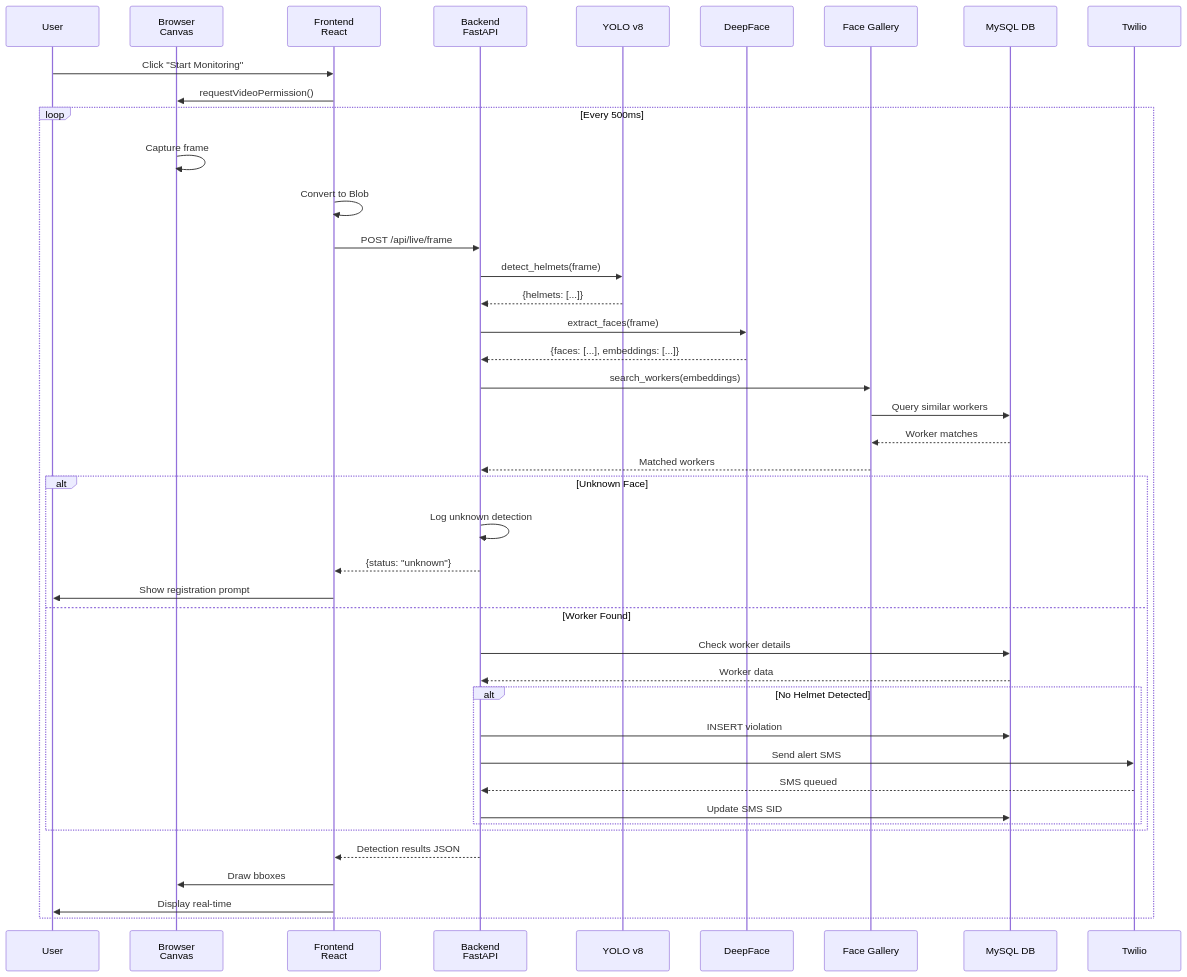
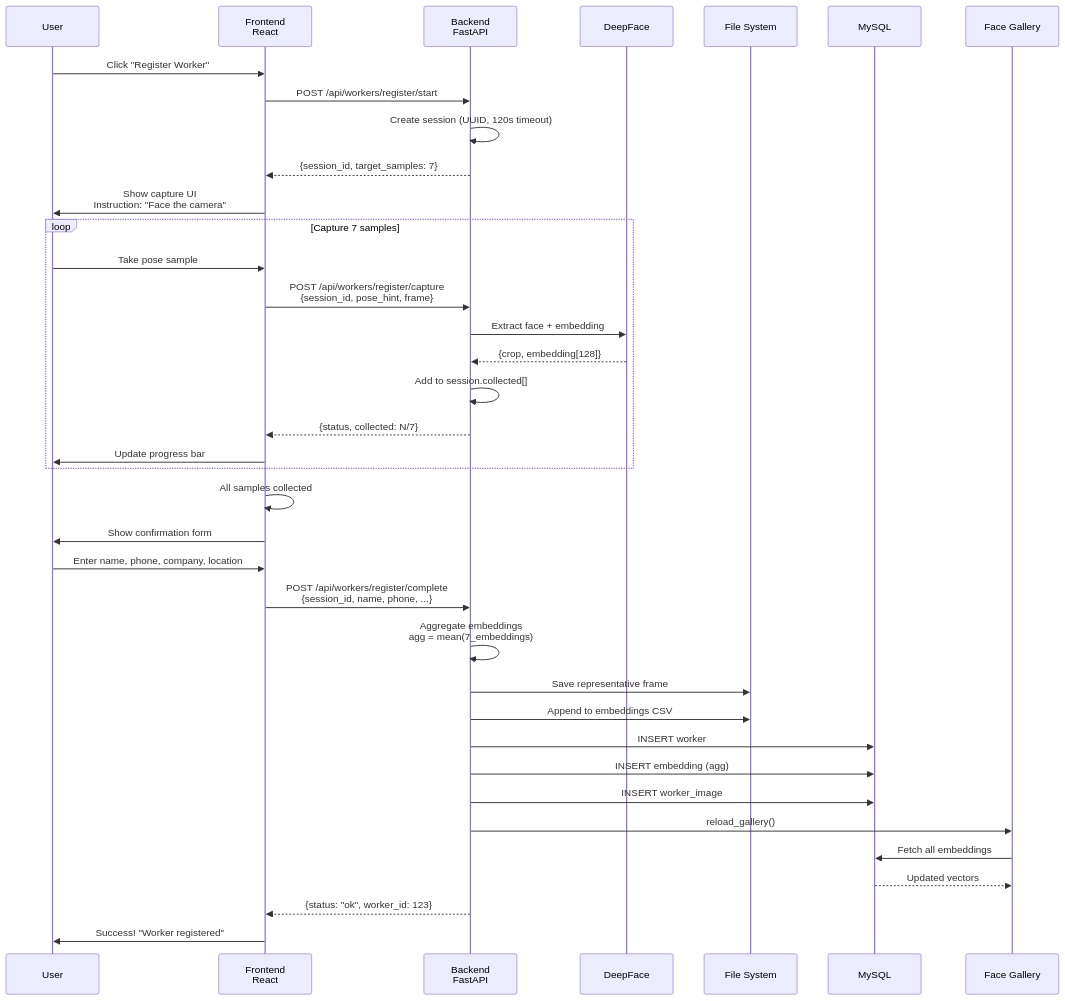
The fourth of 11 diagrams in ARCHITECTURE_DIAGRAMS.md (Gururaj15/VINIMI), drawn with Mermaid before and after one commit. The commit also changed other lines of this file and 2 other files, not shown here.

First line of the commit message:
docs: Update architecture diagrams for v2.0+ with VLM and multi-sample registration

````diff
--- a/ARCHITECTURE_DIAGRAMS.md
+++ b/ARCHITECTURE_DIAGRAMS.md
@@ -339,52 +216,51 @@
 ```mermaid
 sequenceDiagram
     participant User
-    participant Browser as Browser<br/>Canvas
     participant Frontend as Frontend<br/>React
     participant Backend as Backend<br/>FastAPI
-    participant YOLO as YOLO v8
     participant DeepFace as DeepFace
+    participant FileSystem as File System
+    participant MySQL as MySQL
     participant Gallery as Face Gallery
-    participant MySQL as MySQL DB
-    participant SMS as Twilio
     
-    User->>Frontend: Click "Start Monitoring"
-    Frontend->>Browser: requestVideoPermission()
+    User->>Frontend: Click "Register Worker"
+    Frontend->>Backend: POST /api/workers/register/start
+    Backend->>Backend: Create session (UUID, 120s timeout)
+    Backend-->>Frontend: {session_id, target_samples: 7}
     
-    loop Every 500ms
-        Browser->>Browser: Capture frame
-        Frontend->>Frontend: Convert to Blob
-        Frontend->>Backend: POST /api/live/frame
+    Frontend->>User: Show capture UI<br/>Instruction: "Face the camera"
+    
+    loop Capture 7 samples
+        User->>Frontend: Take pose sample
+        Frontend->>Backend: POST /api/workers/register/capture<br/>{session_id, pose_hint, frame}
         
-        Backend->>YOLO: detect_helmets(frame)
-        YOLO-->>Backend: {helmets: [...]}
+        Backend->>DeepFace: Extract face + embedding
+        DeepFace-->>Backend: {crop, embedding[128]}
         
-        Backend->>DeepFace: extract_faces(frame)
-        DeepFace-->>Backend: {faces: [...], embeddings: [...]}
-        
-        Backend->>Gallery: search_workers(embeddings)
-        Gallery->>MySQL: Query similar workers
-        MySQL-->>Gallery: Worker matches
-        Gallery-->>Backend: Matched workers
-        
-        alt Unknown Face
-            Backend->>Backend: Log unknown detection
-            Backend-->>Frontend: {status: "unknown"}
-            Frontend->>User: Show registration prompt
-        else Worker Found
-            Backend->>MySQL: Check worker details
-            MySQL-->>Backend: Worker data
-            
-            alt No Helmet Detected
-                Backend->>MySQL: INSERT violation
-                Backend->>SMS: Send alert SMS
-                SMS-->>Backend: SMS queued
-                Backend->>MySQL: Update SMS SID
-            end
-        end
-        
-        Backend-->>Frontend: Detection results JSON
-        Frontend->>Browser: Draw bboxes
-        Frontend->>User: Display real-time
+        Backend->>Backend: Add to session.collected[]
+        Backend-->>Frontend: {status, collected: N/7}
+        Frontend->>User: Update progress bar
     end
+    
+    Frontend->>Frontend: All samples collected
+    Frontend->>User: Show confirmation form
+    User->>Frontend: Enter name, phone, company, location
+    
+    Frontend->>Backend: POST /api/workers/register/complete<br/>{session_id, name, phone, ...}
+    
+    Backend->>Backend: Aggregate embeddings<br/>agg = mean(7_embeddings)
+    
+    Backend->>FileSystem: Save representative frame
+    Backend->>FileSystem: Append to embeddings CSV
+    
+    Backend->>MySQL: INSERT worker
+    Backend->>MySQL: INSERT embedding (agg)
+    Backend->>MySQL: INSERT worker_image
+    
+    Backend->>Gallery: reload_gallery()
+    Gallery->>MySQL: Fetch all embeddings
+    MySQL-->>Gallery: Updated vectors
+    
+    Backend-->>Frontend: {status: "ok", worker_id: 123}
+    Frontend->>User: Success! "Worker registered"
 ```
````
